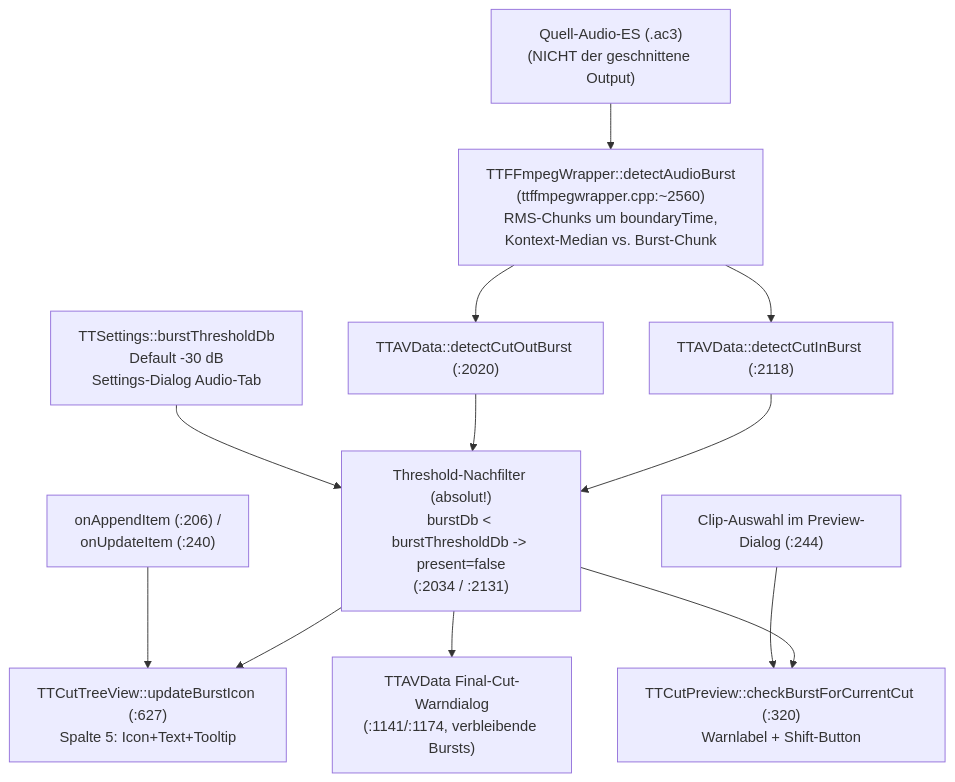
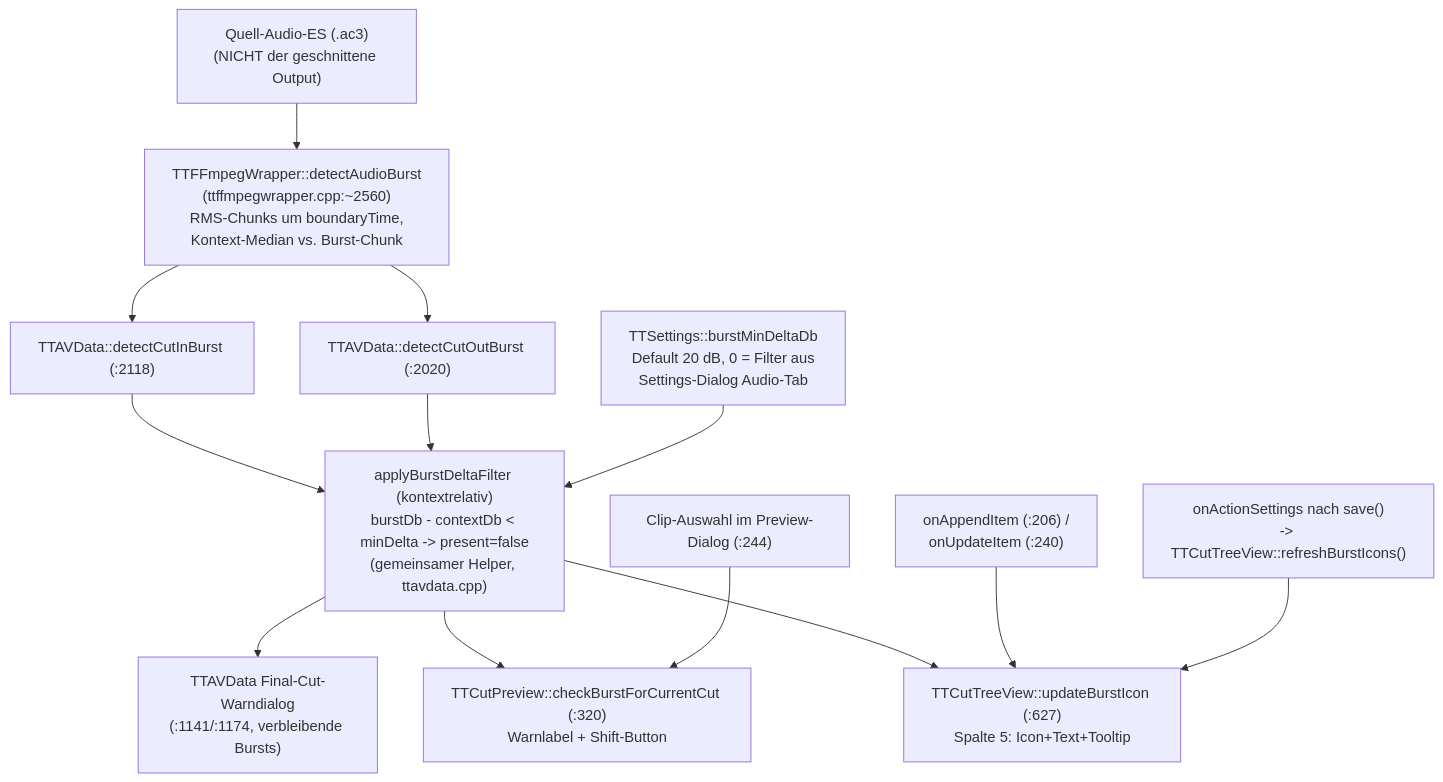
The diagram in docs/code-map/burst-detection.md (MINIXJR/TTCut-ng), drawn with Mermaid before and after one commit. The commit also changed other lines of this file and 2 other files, not shown here.

First line of the commit message:
code-map: refresh frame-order and burst-detection after fix series

````diff
--- a/docs/code-map/burst-detection.md
+++ b/docs/code-map/burst-detection.md
@@ -21,24 +22,26 @@
 ```mermaid
 graph TD
     SRC["Quell-Audio-ES (.ac3)\n(NICHT der geschnittene Output)"]
     DET["TTFFmpegWrapper::detectAudioBurst\n(ttffmpegwrapper.cpp:~2560)\nRMS-Chunks um boundaryTime,\nKontext-Median vs. Burst-Chunk"]
     AVD_IN["TTAVData::detectCutInBurst (:2118)"]
     AVD_OUT["TTAVData::detectCutOutBurst (:2020)"]
-    THR["Threshold-Nachfilter (absolut!)\nburstDb < burstThresholdDb -> present=false\n(:2034 / :2131)"]
-    SET["TTSettings::burstThresholdDb\nDefault -30 dB\nSettings-Dialog Audio-Tab"]
+    THR["applyBurstDeltaFilter (kontextrelativ)\nburstDb - contextDb < minDelta -> present=false\n(gemeinsamer Helper, ttavdata.cpp)"]
+    SET["TTSettings::burstMinDeltaDb\nDefault 20 dB, 0 = Filter aus\nSettings-Dialog Audio-Tab"]
     LIST["TTCutTreeView::updateBurstIcon (:627)\nSpalte 5: Icon+Text+Tooltip"]
     APPEND["onAppendItem (:206) /\nonUpdateItem (:240)"]
     PREV["TTCutPreview::checkBurstForCurrentCut (:320)\nWarnlabel + Shift-Button"]
     SEL["Clip-Auswahl im Preview-Dialog (:244)"]
+    REFRESH["onActionSettings nach save()\n-> TTCutTreeView::refreshBurstIcons()"]
     FINAL["TTAVData Final-Cut-Warndialog\n(:1141/:1174, verbleibende Bursts)"]
 
     SRC --> DET
     DET --> AVD_IN --> THR
     DET --> AVD_OUT --> THR
     SET --> THR
     THR --> LIST
     THR --> PREV
     THR --> FINAL
     APPEND --> LIST
+    REFRESH --> LIST
     SEL --> PREV
 ```
````
